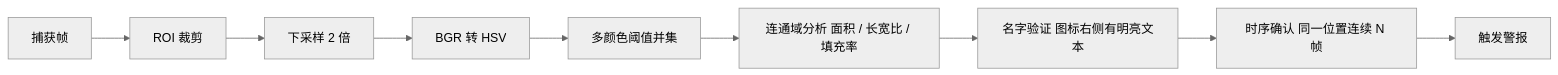
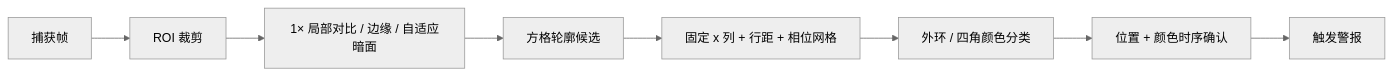
Before and after one commit to ruanpy-1104/eve-local-alert: the second of 2 diagrams in docs/DESIGN.md, drawn with Mermaid (neutral theme). The commit also changed other lines of this file and 5 other files, not shown here.

````diff
--- a/docs/DESIGN.md
+++ b/docs/DESIGN.md
@@ -139,11 +138,10 @@
 ```mermaid
 flowchart LR
     A["捕获帧"] --> B["ROI 裁剪"]
-    B --> C["下采样 2 倍"]
-    C --> D["BGR 转 HSV"]
-    D --> E["多颜色阈值并集"]
-    E --> F["连通域分析 面积 / 长宽比 / 填充率"]
-    F --> G["名字验证 图标右侧有明亮文本"]
-    G --> H["时序确认 同一位置连续 N 帧"]
-    H --> I["触发警报"]
+    B --> C["1× 局部对比 / 边缘 / 自适应暗面"]
+    C --> D["方格轮廓候选"]
+    D --> E["固定 x 列 + 行距 + 相位网格"]
+    E --> F["外环 / 四角颜色分类"]
+    F --> G["位置 + 颜色时序确认"]
+    G --> H["触发警报"]
 ```
````
